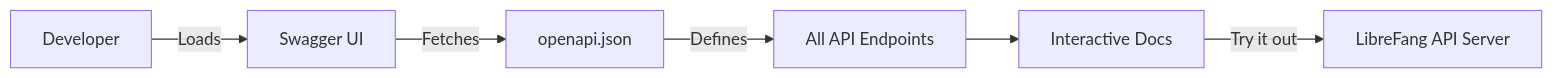
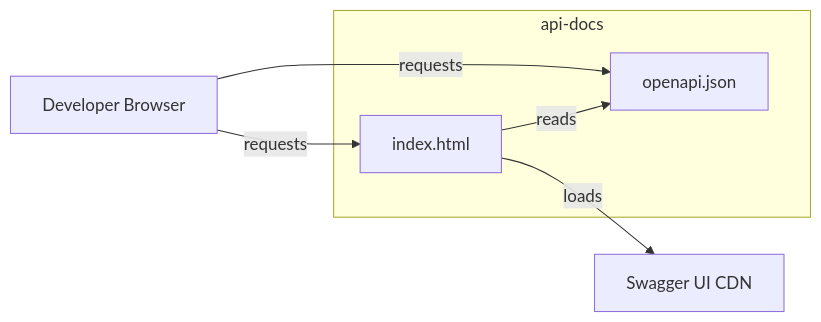
The diagram in api-server-api-docs.md (leszek3737/librefang-WIki), drawn with Mermaid before and after one commit. The commit also changed other lines of this file and 56 other files, not shown here.

````diff
--- a/api-server-api-docs.md
+++ b/api-server-api-docs.md
@@ -9,8 +18,11 @@
 ```mermaid
-graph LR
-    A[Developer] -->|Loads| B[Swagger UI]
-    B -->|Fetches| C[openapi.json]
-    C -->|Defines| D[All API Endpoints]
-    D --> E[Interactive Docs]
-    E -->|Try it out| F[LibreFang API Server]
+flowchart LR
+    subgraph api-docs
+        SPEC[openapi.json]
+        HTML[index.html]
+    end
+    HTML -->|reads| SPEC
+    DEV[Developer Browser] -->|requests| HTML
+    DEV -->|requests| SPEC
+    HTML -->|loads| UI[Swagger UI CDN]
 ```
````
